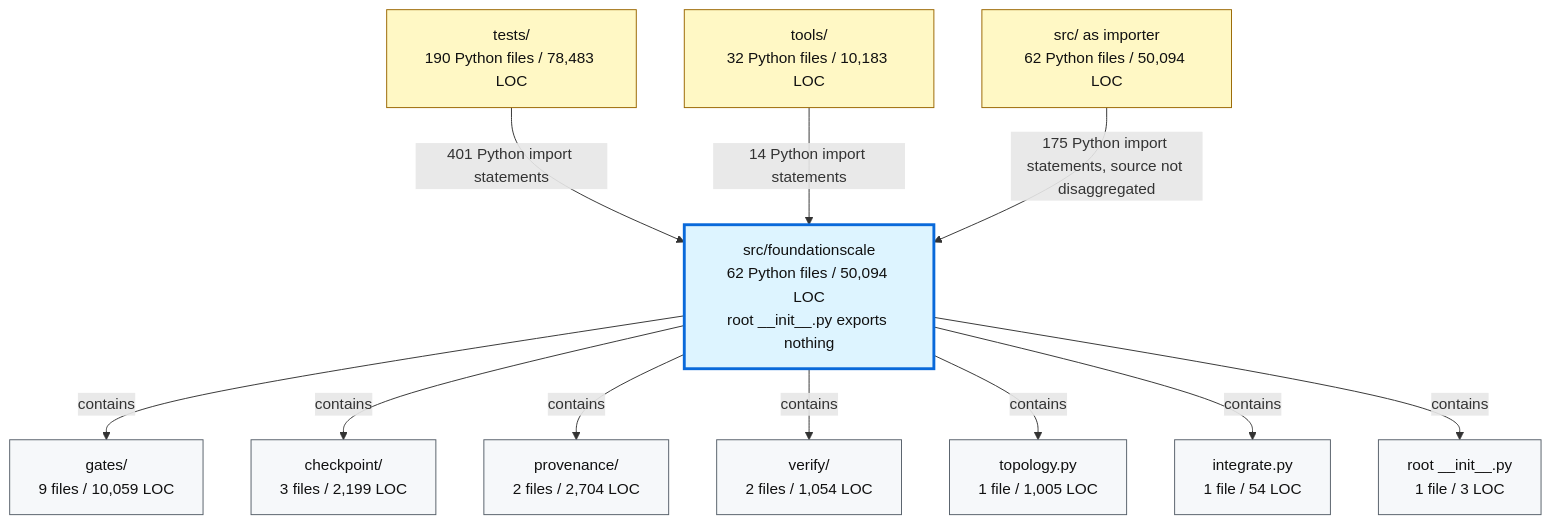
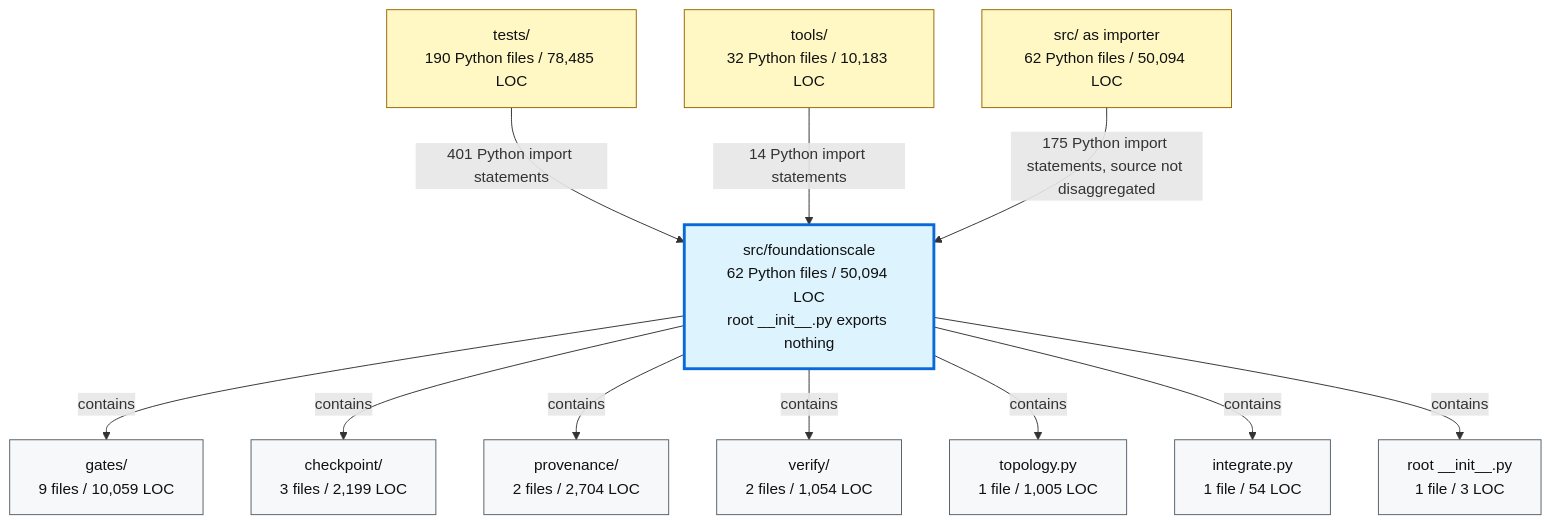
One commit to TranNhiem/FoundationScale changed the second of 2 diagrams in docs/review/D2_current_architecture.md. Above: the diagram before and after it, drawn with Mermaid. The commit also changed 7 other files, not shown here.

````diff
--- a/docs/review/D2_current_architecture.md
+++ b/docs/review/D2_current_architecture.md
@@ -97,36 +97,36 @@
 ```mermaid
 flowchart TB
-  TESTS["tests/<br/>190 Python files / 78,483 LOC"]
+  TESTS["tests/<br/>190 Python files / 78,485 LOC"]
   TOOLS["tools/<br/>32 Python files / 10,183 LOC"]
   SRC["src/ as importer<br/>62 Python files / 50,094 LOC"]
 
   FS["src/foundationscale<br/>62 Python files / 50,094 LOC<br/>root __init__.py exports nothing"]
 
   GATES["gates/<br/>9 files / 10,059 LOC"]
   CKPT["checkpoint/<br/>3 files / 2,199 LOC"]
   PROV["provenance/<br/>2 files / 2,704 LOC"]
   VERIFY["verify/<br/>2 files / 1,054 LOC"]
   TOPO["topology.py<br/>1 file / 1,005 LOC"]
   INTEG["integrate.py<br/>1 file / 54 LOC"]
   ROOT["root __init__.py<br/>1 file / 3 LOC"]
 
   TESTS -->|"401 Python import statements"| FS
   TOOLS -->|"14 Python import statements"| FS
   SRC -->|"175 Python import statements, source not disaggregated"| FS
 
   FS -->|"contains"| GATES
   FS -->|"contains"| CKPT
   FS -->|"contains"| PROV
   FS -->|"contains"| VERIFY
   FS -->|"contains"| TOPO
   FS -->|"contains"| INTEG
   FS -->|"contains"| ROOT
 
   classDef consumer fill:#fff8c5,stroke:#9a6700,color:#111;
   classDef package fill:#ddf4ff,stroke:#0969da,stroke-width:3px,color:#111;
   classDef module fill:#f6f8fa,stroke:#57606a,color:#111;
 
   class TESTS,TOOLS,SRC consumer;
   class FS package;
   class GATES,CKPT,PROV,VERIFY,TOPO,INTEG,ROOT module;
 ```
````
